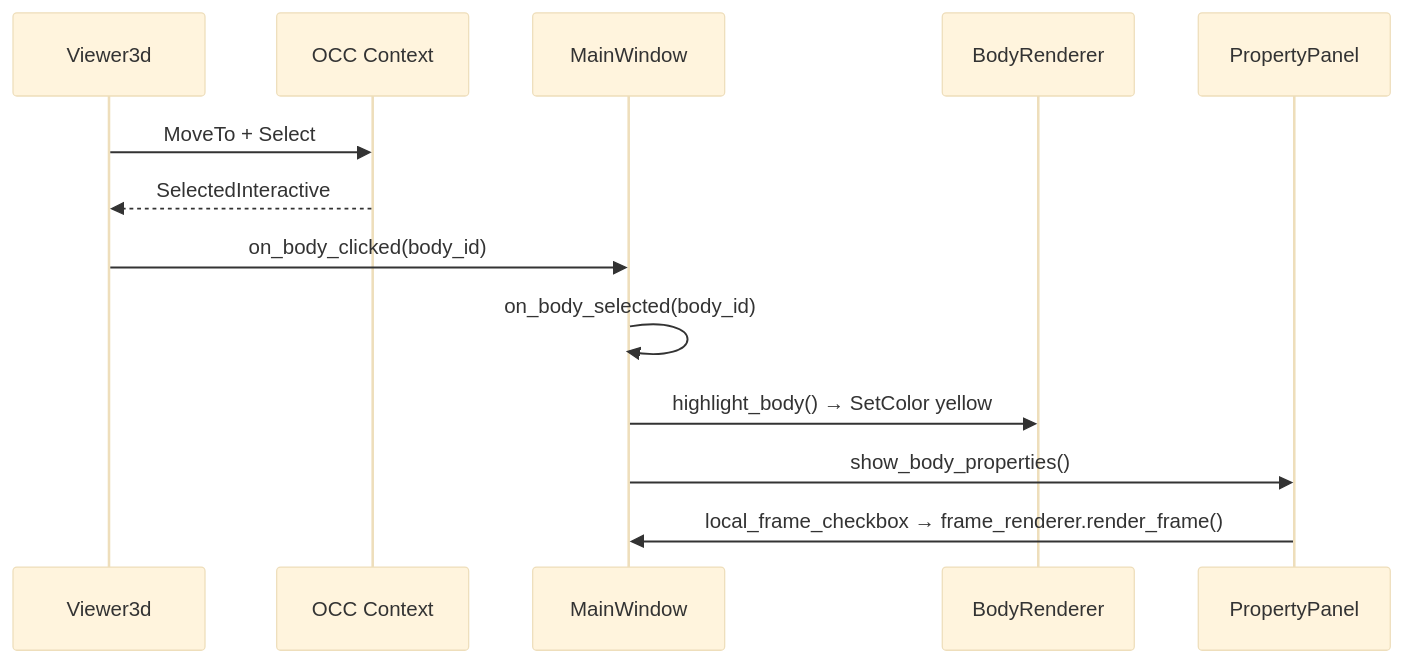
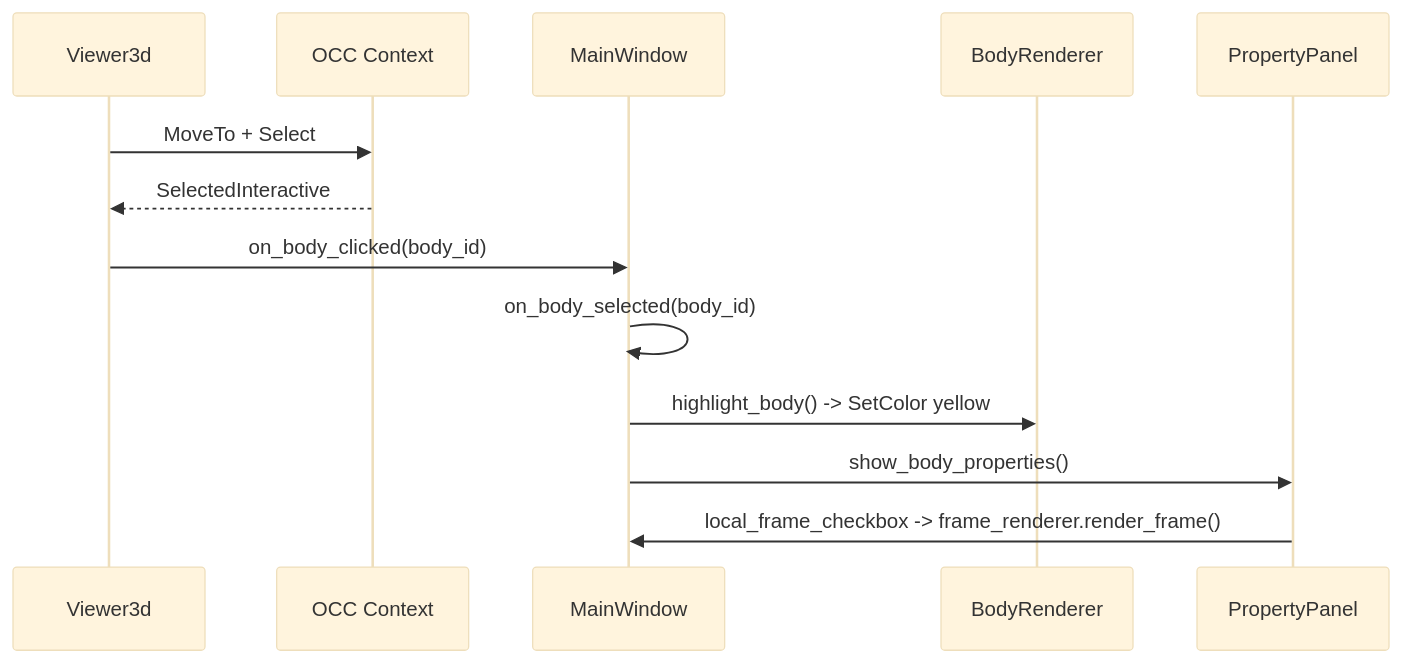
One commit to utk11/MBD-PreProcessor changed the fourth of 5 diagrams in Documentation/documentation.md. Above: the diagram before and after it, drawn with Mermaid (base theme). The commit also changed other lines of this file, not shown here.

````diff
--- a/Documentation/documentation.md
+++ b/Documentation/documentation.md
@@ -290,16 +263,16 @@
 ```mermaid
 sequenceDiagram
     participant V as Viewer3d
     participant C as OCC Context
     participant M as MainWindow
     participant R as BodyRenderer
     participant P as PropertyPanel
 
     V->>C: MoveTo + Select
     C-->>V: SelectedInteractive
     V->>M: on_body_clicked(body_id)
     M->>M: on_body_selected(body_id)
-    M->>R: highlight_body() → SetColor yellow
+    M->>R: highlight_body() -> SetColor yellow
     M->>P: show_body_properties()
-    P->>M: local_frame_checkbox → frame_renderer.render_frame()
+    P->>M: local_frame_checkbox -> frame_renderer.render_frame()
 ```
````
